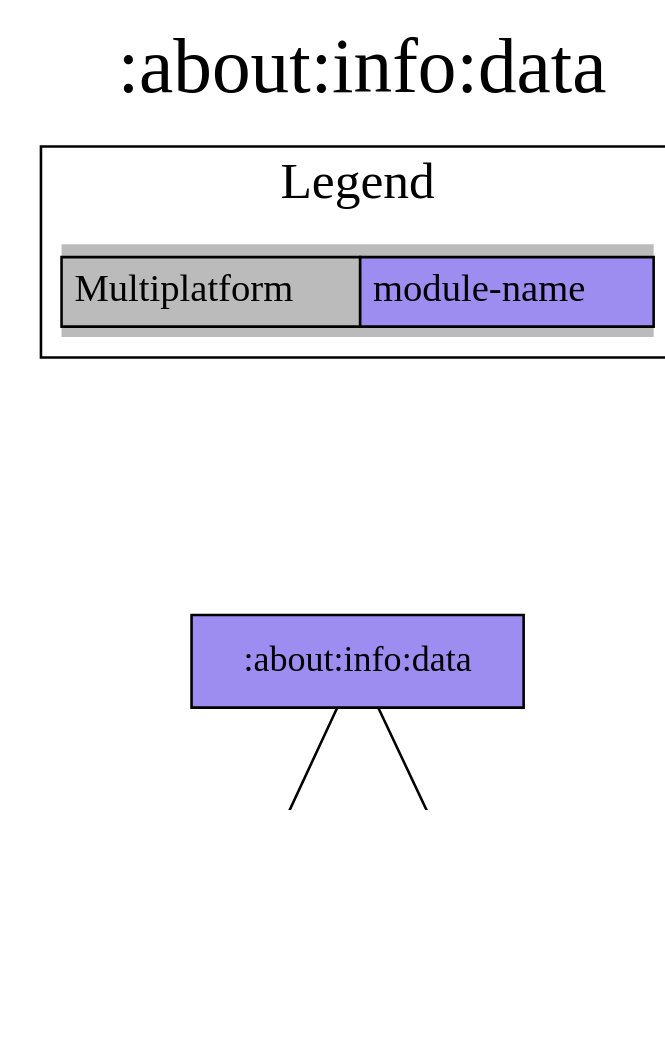
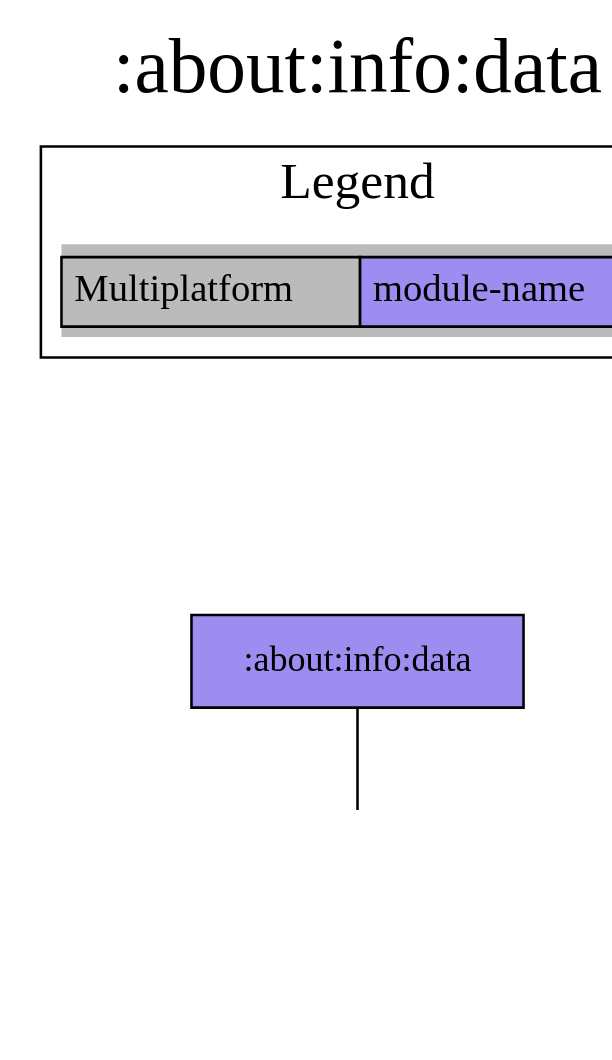
One commit to jonapoul/aktual changed the diagram in modules/about/info/data/project-dependency-graph.dot. Above: the diagram before and after it, drawn with Graphviz. The commit also changed 113 other files, not shown here.

```diff
--- a/modules/about/info/data/project-dependency-graph.dot
+++ b/modules/about/info/data/project-dependency-graph.dot
@@ -1,23 +1,21 @@
 digraph {
 edge ["dir"="forward"]
 graph ["dpi"="100","label"=":about:info:data","labelloc"="t","fontsize"="30","ranksep"="1.5","rankdir"="TB"]
 node ["style"="filled"]
 ":about:info:data" ["fillcolor"="#9D8DF1","shape"="box"]
 ":api:github" ["fillcolor"="#9D8DF1","shape"="box"]
-":core:buildconfig" ["fillcolor"="#9D8DF1","shape"="box"]
 {
 edge ["dir"="none"]
 graph ["rank"="same"]
 }
 ":about:info:data" -> ":api:github"
-":about:info:data" -> ":core:buildconfig"
 subgraph "cluster_legend" {
 edge ["dir"="none"]
 graph ["label"="Legend","fontsize"="20"]
 "Legend" ["style"="filled","fillcolor"="#bbbbbb","shape"="none","margin"="0","fontsize"="15","label"=<
 <TABLE BORDER="0" CELLBORDER="1" CELLSPACING="0" CELLPADDING="4">
 <TR><TD>Multiplatform</TD><TD BGCOLOR="#9D8DF1">module-name</TD></TR>
 </TABLE>
 >]
 } -> ":about:info:data" ["style"="invis"]
 }
```
